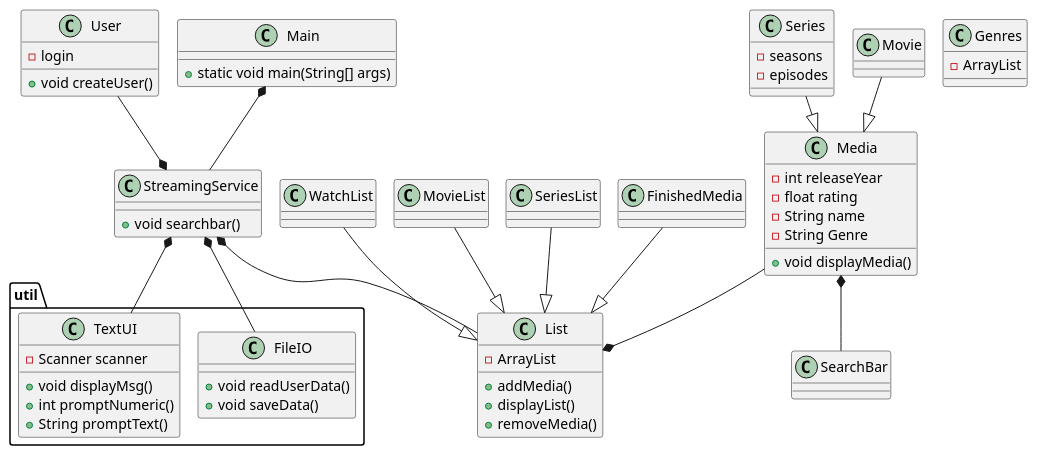
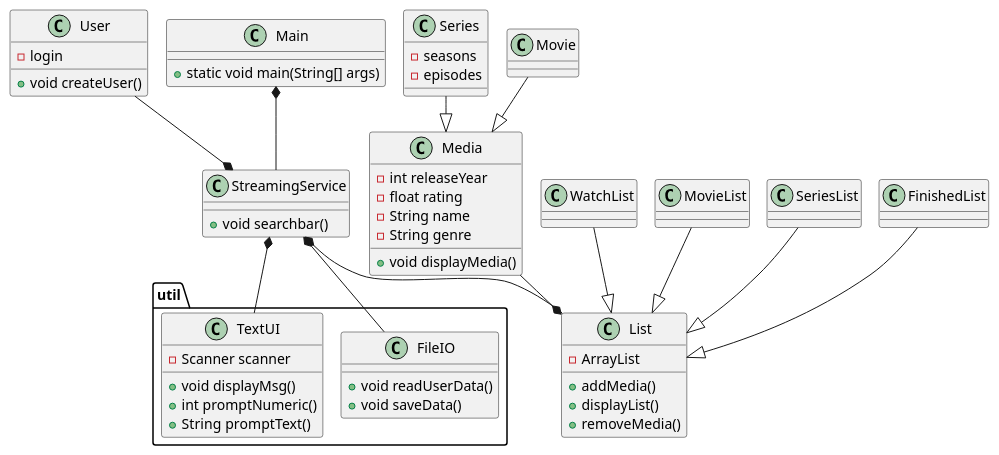
One commit to Bojuuh/SP3 changed the diagram in doc/ClassDiagramV01.puml. Above: the diagram before and after it, drawn with PlantUML.

Commit message:
Added ClassDiagram and DomainModel v.01.3

```diff
--- a/doc/ClassDiagramV01.puml
+++ b/doc/ClassDiagramV01.puml
@@ -1,90 +1,83 @@
 @startuml
 'https://plantuml.com/sequence-diagram
 !pragma layout smetana
 
 class User{
 - login
 + void createUser()
 }
 
 class Main{
 
 + static void main(String[] args)
 }
 
 class StreamingService{
 
 + void searchbar()
 
 }
 
 class List{
 
 - ArrayList
 + addMedia()
 + displayList()
 + removeMedia()
 
 
 }
 
 package "util" {
 
 class FileIO{
 + void readUserData()
 + void saveData()
 
 }
 class TextUI{
 - Scanner scanner
 + void displayMsg()
 + int promptNumeric()
 + String promptText()
 
 }
 }
 
 class Media{
 
 - int releaseYear
 - float rating
 - String name
-- String Genre
+- String genre
 + void displayMedia()
-
-
-}
-
-class Genres{
-- ArrayList
 
 
 }
 
 class Series{
 
 - seasons
 - episodes
 
 }
 
 
 Movie --|> Media
 Series --|> Media
 
 
 
 WatchList --|> List
 MovieList --|> List
 SeriesList --|> List
-FinishedMedia --|> List
+FinishedList --|> List
 
 Main *-- StreamingService
 User --* StreamingService
 StreamingService *-- List
 Media --* List
 
-Media *-- SearchBar
 StreamingService *-- TextUI
 StreamingService *-- FileIO
 @enduml
```
